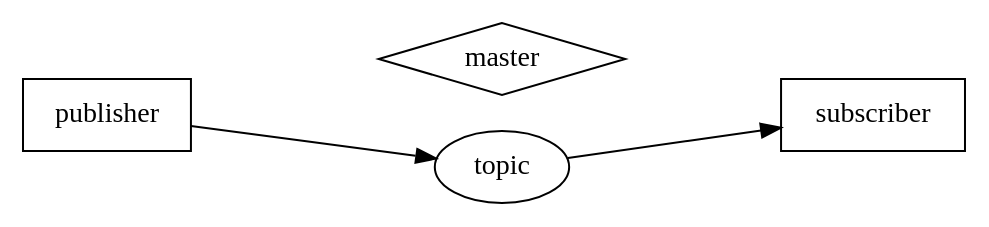
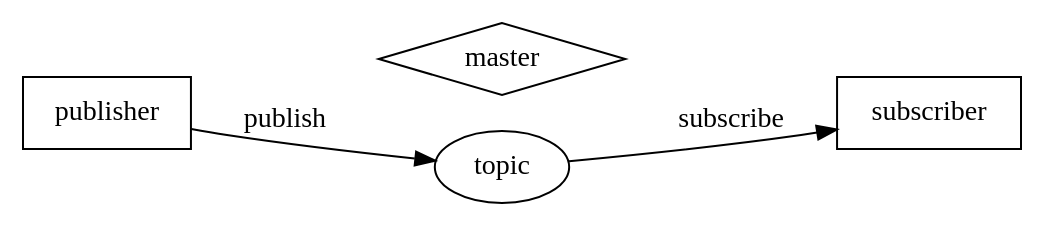
Before and after one commit to shihyuan/duckietown_ros_slides: the diagram in dot/master_5.dot, drawn with Graphviz. The commit also changed 9 other files, not shown here.

```diff
--- a/dot/master_5.dot
+++ b/dot/master_5.dot
@@ -1,1 +1,14 @@
-digraph master_5 {rankdir=LR; node [shape=box,style=filled,fillcolor=white]; publisher; subscriber; master [shape=diamond]; node [shape=ellipse,style=filled,fillcolor=white]; topic; {rank=same;master;topic} publisher->master[style=invis,label="register"]; publisher->topic subscriber->master[style=invis,label="query"]; topic->subscriber;}
+digraph {
+	rankdir=LR;
+	node [shape=box,style=filled,fillcolor=white];
+	publisher;
+	subscriber;
+	master [shape=diamond];
+	node [shape=ellipse,style=filled,fillcolor=white];
+	topic;
+	{rank=same;master;topic}
+	publisher->master[style=invis,label="register"];
+	publisher->topic[style="",label="publish"];
+	subscriber->master[style=invis,label="query"];
+	topic->subscriber[style="",label="subscribe"];
+}
```
